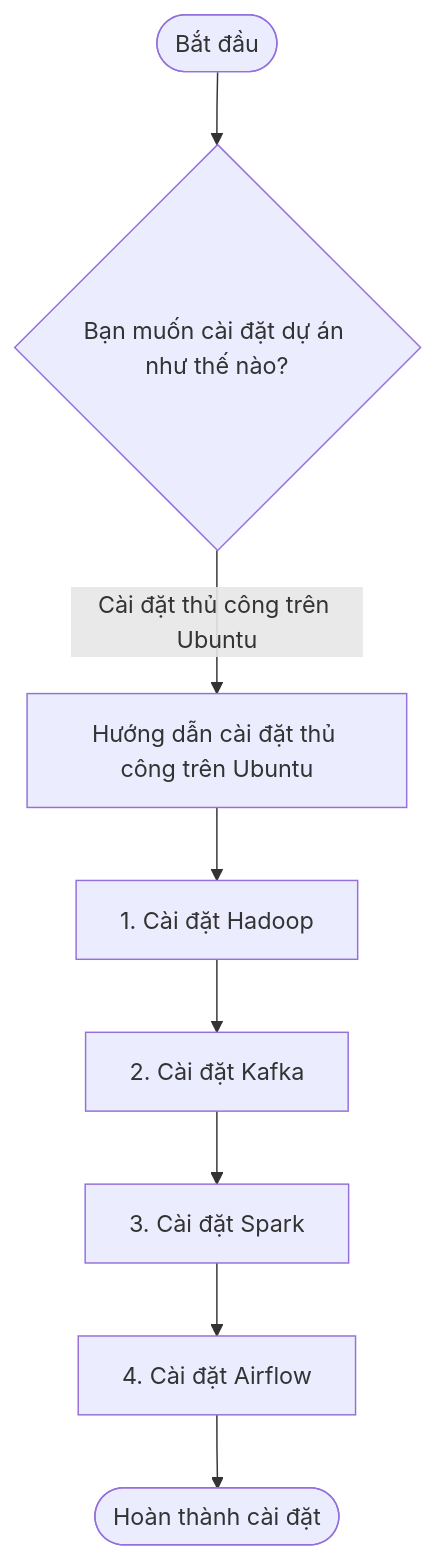
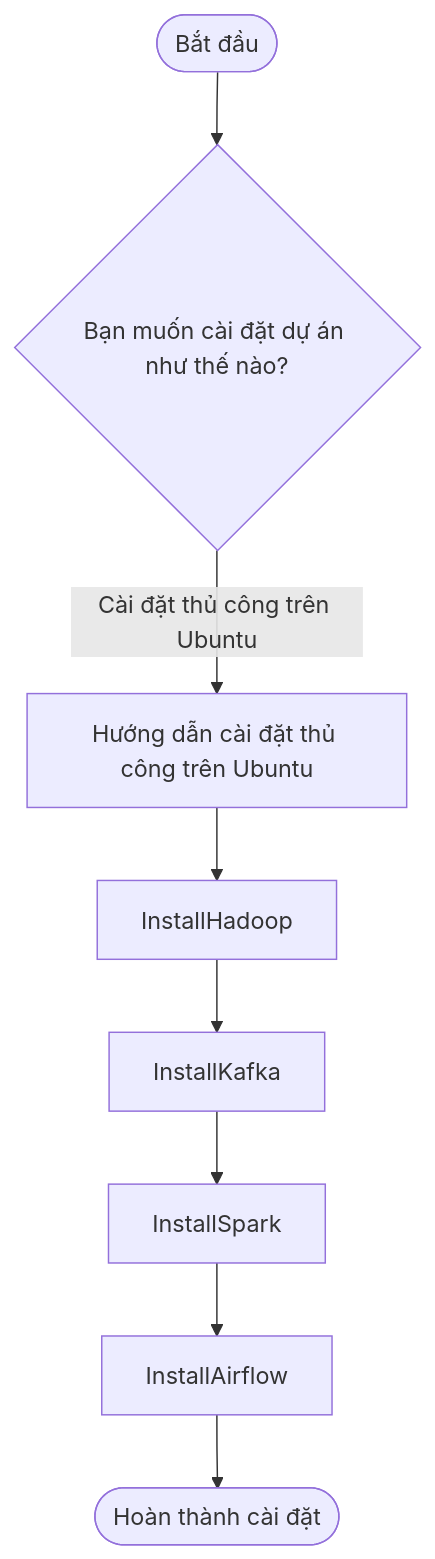
One commit to trgtanhh04/End-to-End-MovieDB-Data-Engineering changed the diagram in README.md. Above: the diagram before and after it, drawn with Mermaid.

````diff
--- a/README.md
+++ b/README.md
@@ -170,10 +170,10 @@
 ```mermaid
 flowchart TD
     Start([Bắt đầu]) --> InstallOption{Bạn muốn cài đặt dự án như thế nào?}
     InstallOption -->|Cài đặt thủ công trên Ubuntu| Manual[Hướng dẫn cài đặt thủ công trên Ubuntu]
-    Manual --> InstallHadoop[1. Cài đặt Hadoop]
-    InstallHadoop --> InstallKafka[2. Cài đặt Kafka]
-    InstallKafka --> InstallSpark[3. Cài đặt Spark]
-    InstallSpark --> InstallAirflow[4. Cài đặt Airflow]
+    Manual --> InstallHadoop
+    InstallHadoop --> InstallKafka
+    InstallKafka --> InstallSpark
+    InstallSpark --> InstallAirflow
     InstallAirflow --> Finish([Hoàn thành cài đặt])
 ```
````
